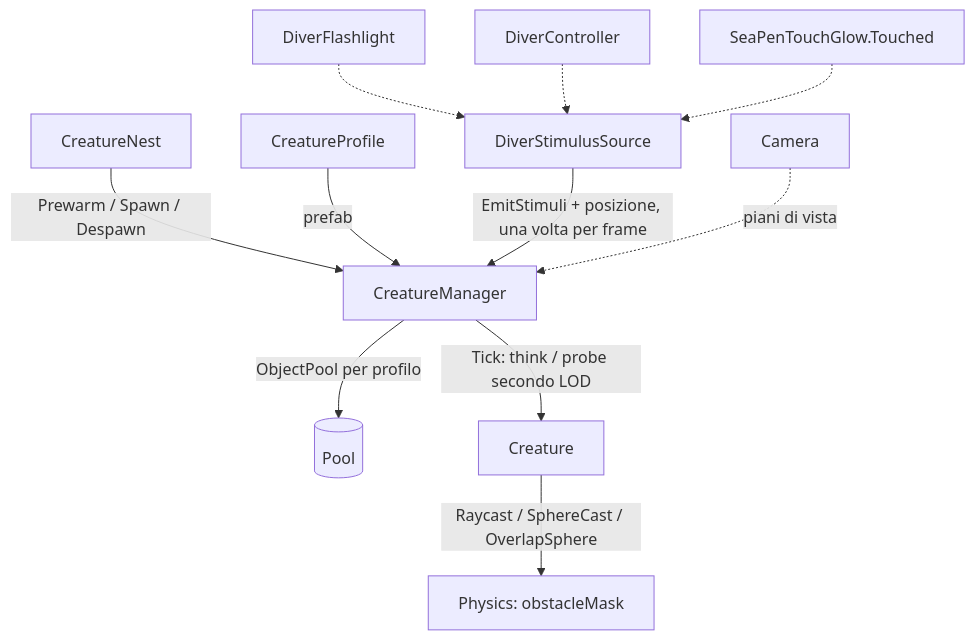
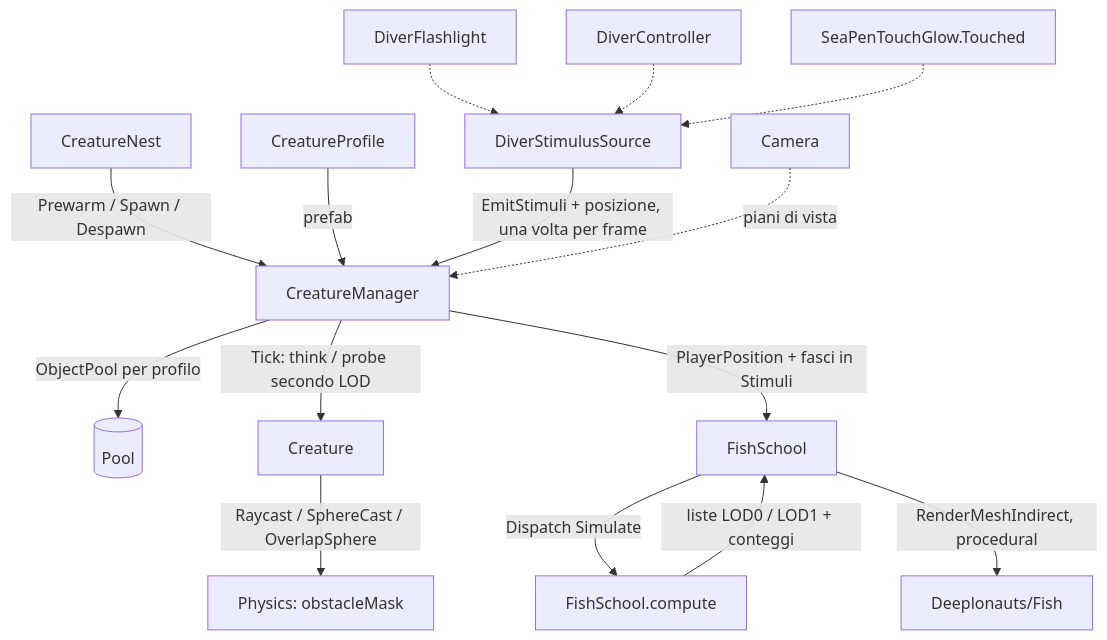
One commit to Fr3nezy/Project_Deep changed the diagram in documentation/Creatures.md. Above: the diagram before and after it, drawn with Mermaid. The commit also changed other lines of this file and 7 other files, not shown here.

````diff
--- a/documentation/Creatures.md
+++ b/documentation/Creatures.md
@@ -102,13 +105,17 @@
 ```mermaid
 flowchart TD
     Nest[CreatureNest] -->|Prewarm / Spawn / Despawn| Manager[CreatureManager]
     Profile[CreatureProfile] -->|prefab| Manager
     Manager -->|ObjectPool per profilo| Pool[(Pool)]
     Flashlight[DiverFlashlight] -.-> Source[DiverStimulusSource]
     Diver[DiverController] -.-> Source
     SeaPen[SeaPenTouchGlow.Touched] -.-> Source
     Source -->|EmitStimuli + posizione, una volta per frame| Manager
     Camera[Camera] -.->|piani di vista| Manager
     Manager -->|Tick: think / probe secondo LOD| Creature[Creature]
+    Manager -->|PlayerPosition + fasci in Stimuli| School[FishSchool]
+    School -->|Dispatch Simulate| Compute[FishSchool.compute]
+    Compute -->|liste LOD0 / LOD1 + conteggi| School
+    School -->|RenderMeshIndirect, procedural| FishShader[Deeplonauts/Fish]
     Creature -->|Raycast / SphereCast / OverlapSphere| Physics[Physics: obstacleMask]
 ```
````
